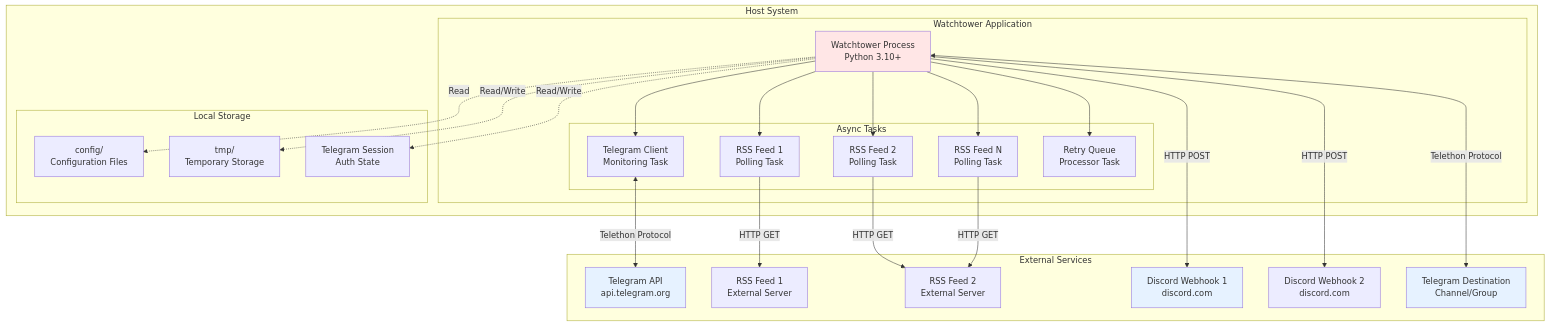
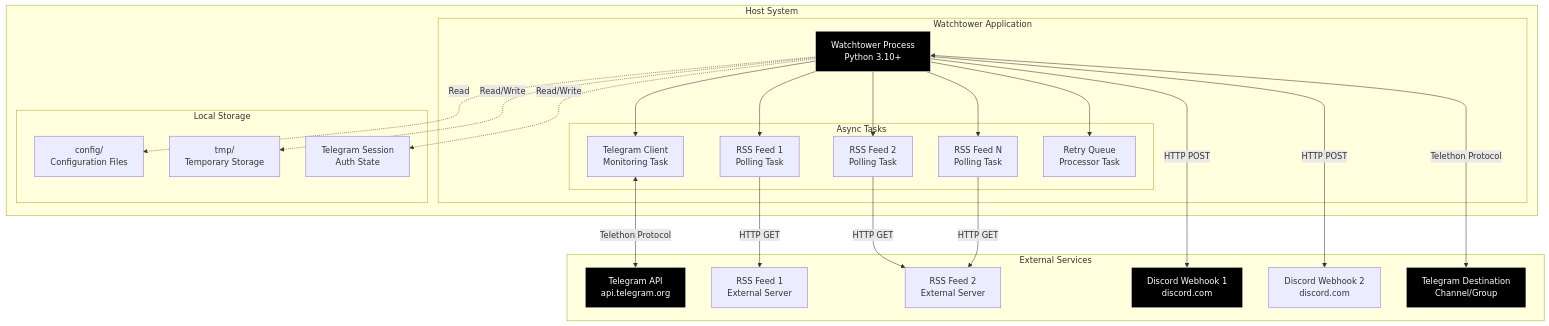
Before and after one commit to Dysrhythmic/Watchtower: the second of 2 diagrams in docs/deployment-structure.md, drawn with Mermaid. The commit also changed other lines of this file and 4 other files, not shown here.

First line of the commit message:
Fix Mermaid syntax errors and switch to black box theme

````diff
--- a/docs/deployment-structure.md
+++ b/docs/deployment-structure.md
@@ -139,55 +139,55 @@
 ```mermaid
 graph TB
     subgraph "Host System"
         subgraph "Watchtower Application"
             MAIN[Watchtower Process<br/>Python 3.10+]
 
             subgraph "Async Tasks"
                 TG_TASK[Telegram Client<br/>Monitoring Task]
                 RSS_TASK1[RSS Feed 1<br/>Polling Task]
                 RSS_TASK2[RSS Feed 2<br/>Polling Task]
                 RSS_TASKN[RSS Feed N<br/>Polling Task]
                 RETRY_TASK[Retry Queue<br/>Processor Task]
             end
         end
 
         subgraph "Local Storage"
             CONFIG_DIR[config/<br/>Configuration Files]
             TMP_DIR[tmp/<br/>Temporary Storage]
             SESSION[Telegram Session<br/>Auth State]
         end
     end
 
     subgraph "External Services"
         TG_API[Telegram API<br/>api.telegram.org]
         RSS1[RSS Feed 1<br/>External Server]
         RSS2[RSS Feed 2<br/>External Server]
         DC_WH1[Discord Webhook 1<br/>discord.com]
         DC_WH2[Discord Webhook 2<br/>discord.com]
         TG_DEST[Telegram Destination<br/>Channel/Group]
     end
 
     MAIN --> TG_TASK
     MAIN --> RSS_TASK1
     MAIN --> RSS_TASK2
     MAIN --> RSS_TASKN
     MAIN --> RETRY_TASK
 
     TG_TASK <-->|Telethon Protocol| TG_API
     RSS_TASK1 -->|HTTP GET| RSS1
     RSS_TASK2 -->|HTTP GET| RSS2
     RSS_TASKN -->|HTTP GET| RSS2
 
     MAIN -->|HTTP POST| DC_WH1
     MAIN -->|HTTP POST| DC_WH2
     MAIN <-->|Telethon Protocol| TG_DEST
 
     MAIN -.->|Read| CONFIG_DIR
     MAIN -.->|Read/Write| TMP_DIR
     MAIN -.->|Read/Write| SESSION
 
-    style MAIN fill:#ffe6e6
-    style TG_API fill:#e6f2ff
-    style DC_WH1 fill:#e6f2ff
-    style TG_DEST fill:#e6f2ff
+    style MAIN fill:#000,stroke:#fff,color:#fff
+    style TG_API fill:#000,stroke:#fff,color:#fff
+    style DC_WH1 fill:#000,stroke:#fff,color:#fff
+    style TG_DEST fill:#000,stroke:#fff,color:#fff
 ```
````
